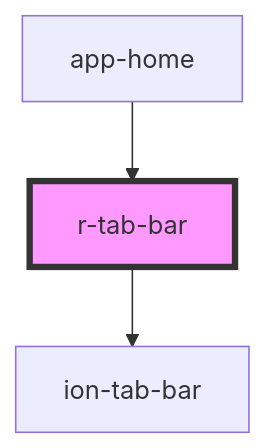
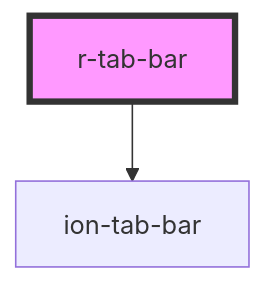
One commit to refactico/design-system changed the diagram in src/components/r-tab-bar/readme.md. Above: the diagram before and after it, drawn with Mermaid. The commit also changed other lines of this file and 27 other files, not shown here.

First line of the commit message:
chore: update component dependencies and documentation for app-home

````diff
--- a/src/components/r-tab-bar/readme.md
+++ b/src/components/r-tab-bar/readme.md
@@ -30,6 +26,5 @@
 ```mermaid
 graph TD;
   r-tab-bar --> ion-tab-bar
-  app-home --> r-tab-bar
   style r-tab-bar fill:#f9f,stroke:#333,stroke-width:4px
 ```
````
